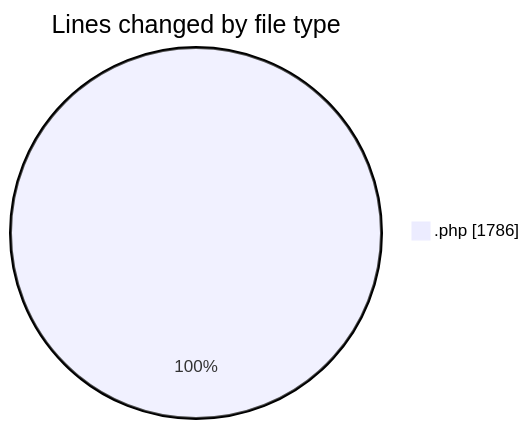
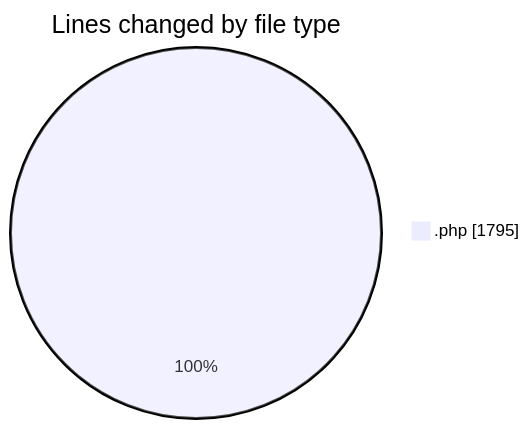
One commit to LanceThiago/code-tracking changed the first of 2 diagrams in 2026-08-28/oficina/README.md. Above: the diagram before and after it, drawn with Mermaid. The commit also changed other lines of this file and 1 other file, not shown here.

````diff
--- a/2026-08-28/oficina/README.md
+++ b/2026-08-28/oficina/README.md
@@ -20,5 +20,5 @@
 ```mermaid
 pie showData
 title Lines changed by file type
-".php" : 1786
+".php" : 1795
 ```
````
